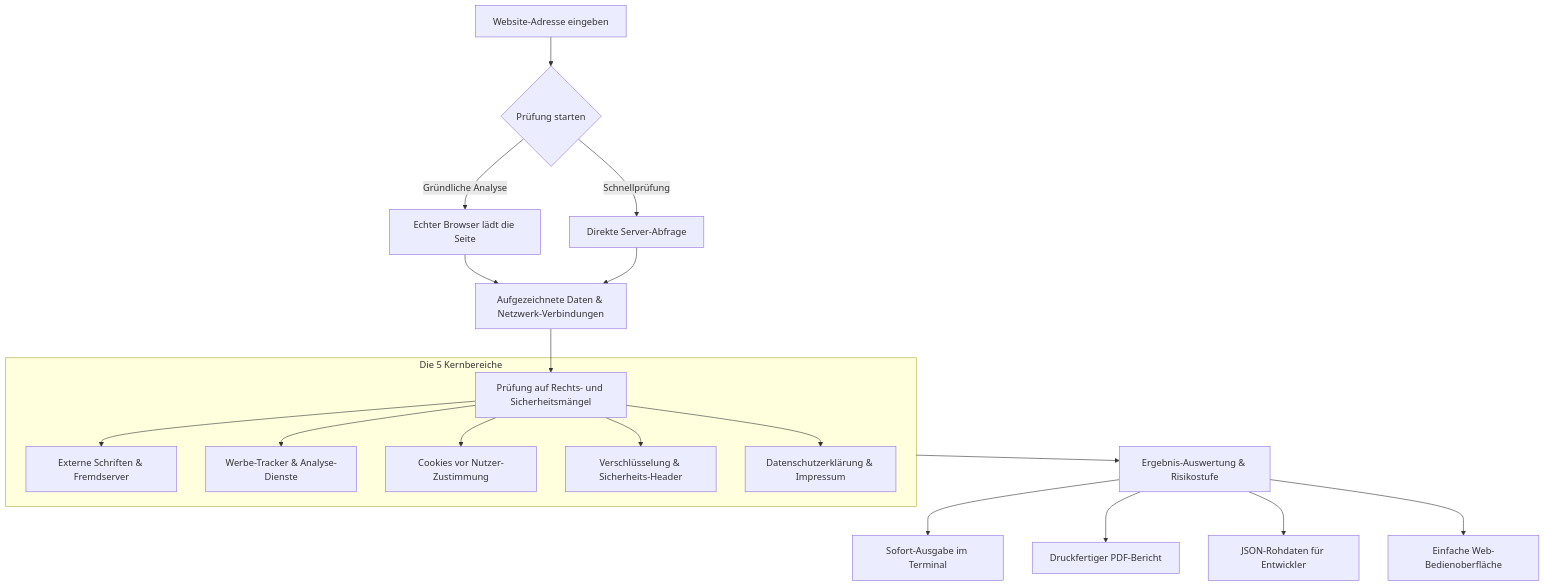
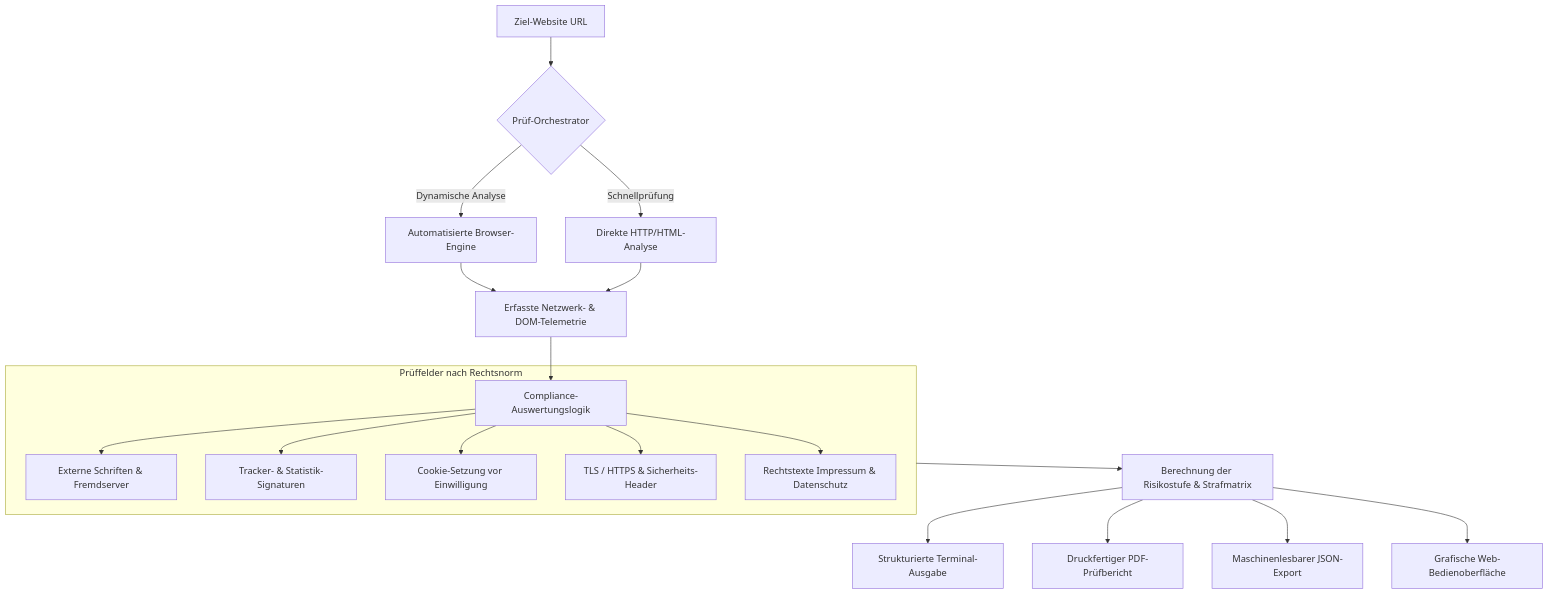
The diagram in README.md (AirFun1311/dsgvo-checker), drawn with Mermaid before and after one commit. The commit also changed other lines of this file, not shown here.

````diff
--- a/README.md
+++ b/README.md
@@ -64,27 +64,27 @@
 ```mermaid
 flowchart TD
-    A[Website-Adresse eingeben] --> B{Prüfung starten}
+    A[Ziel-Website URL] --> B{Prüf-Orchestrator}
     
-    B -->|Gründliche Analyse| C[Echter Browser lädt die Seite]
-    B -->|Schnellprüfung| D[Direkte Server-Abfrage]
+    B -->|Dynamische Analyse| C[Automatisierte Browser-Engine]
+    B -->|Schnellprüfung| D[Direkte HTTP/HTML-Analyse]
     
-    C --> E[Aufgezeichnete Daten & Netzwerk-Verbindungen]
+    C --> E[Erfasste Netzwerk- & DOM-Telemetrie]
     D --> E
     
-    E --> F[Prüfung auf Rechts- und Sicherheitsmängel]
+    E --> F[Compliance-Auswertungslogik]
     
-    subgraph Pruefpunkte [Die 5 Kernbereiche]
+    subgraph Prueffelder [Prüffelder nach Rechtsnorm]
         F --> G1[Externe Schriften & Fremdserver]
-        F --> G2[Werbe-Tracker & Analyse-Dienste]
-        F --> G3[Cookies vor Nutzer-Zustimmung]
-        F --> G4[Verschlüsselung & Sicherheits-Header]
-        F --> G5[Datenschutzerklärung & Impressum]
+        F --> G2[Tracker- & Statistik-Signaturen]
+        F --> G3[Cookie-Setzung vor Einwilligung]
+        F --> G4[TLS / HTTPS & Sicherheits-Header]
+        F --> G5[Rechtstexte Impressum & Datenschutz]
     end
     
-    Pruefpunkte --> H[Ergebnis-Auswertung & Risikostufe]
+    Prueffelder --> H[Berechnung der Risikostufe & Strafmatrix]
     
-    H --> I1[Sofort-Ausgabe im Terminal]
-    H --> I2[Druckfertiger PDF-Bericht]
-    H --> I3[JSON-Rohdaten für Entwickler]
-    H --> I4[Einfache Web-Bedienoberfläche]
+    H --> I1[Strukturierte Terminal-Ausgabe]
+    H --> I2[Druckfertiger PDF-Prüfbericht]
+    H --> I3[Maschinenlesbarer JSON-Export]
+    H --> I4[Grafische Web-Bedienoberfläche]
 ```
````
